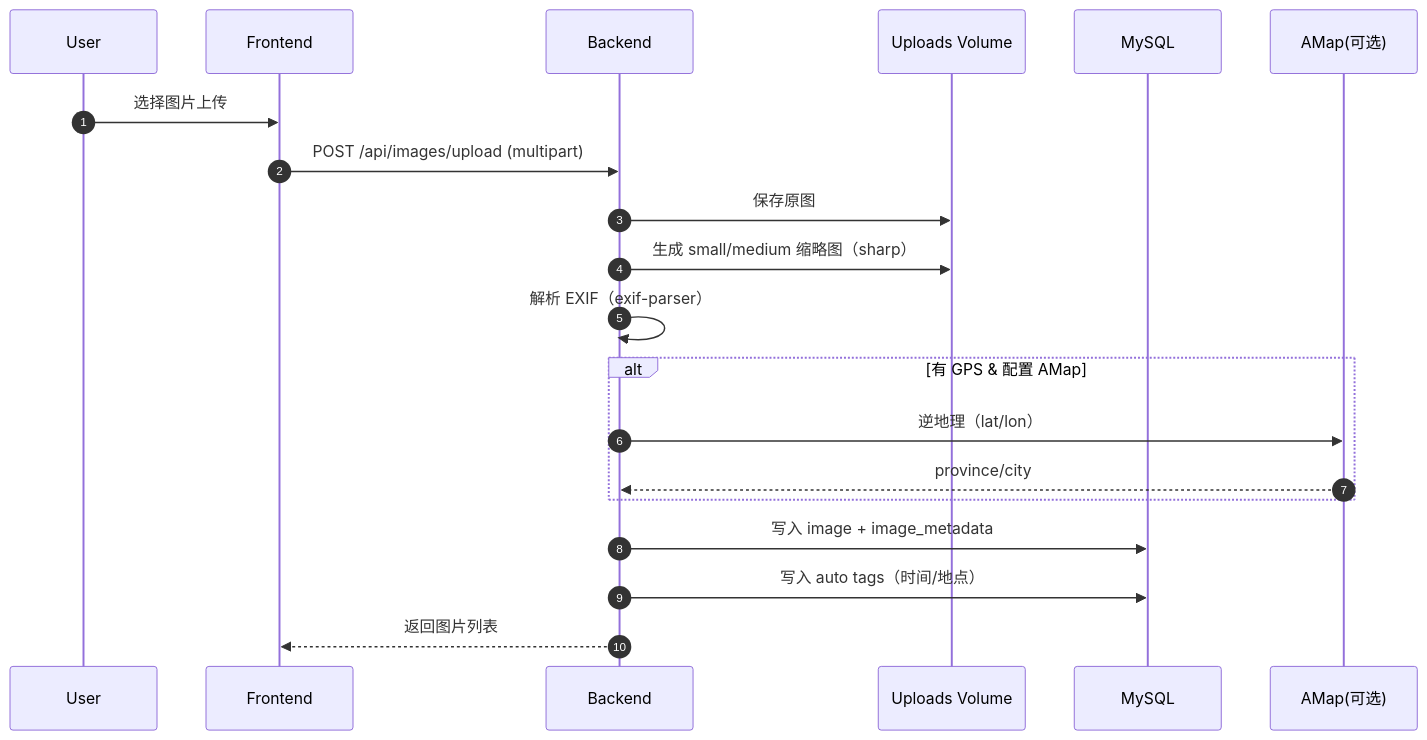
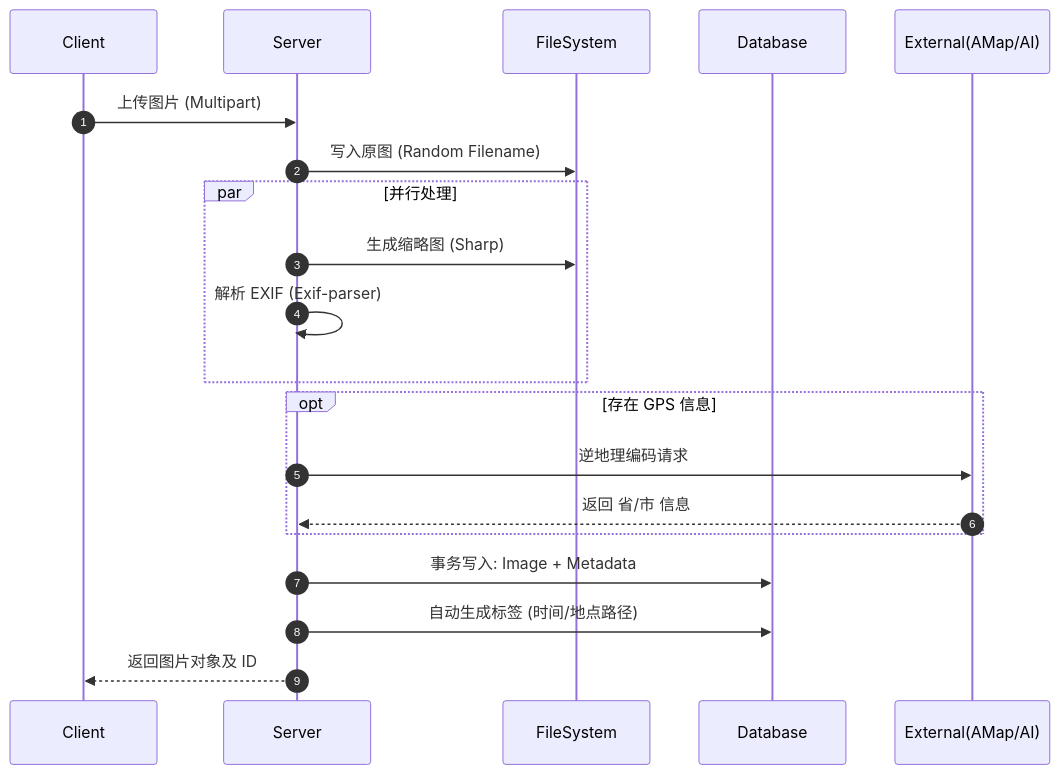
The third of 3 diagrams in docs/design.md (Ader817/PicHub), drawn with Mermaid before and after one commit. The commit also changed other lines of this file and 6 other files, not shown here.

````diff
--- a/docs/design.md
+++ b/docs/design.md
@@ -234,23 +169,25 @@
 ```mermaid
 sequenceDiagram
   autonumber
-  participant U as User
-  participant FE as Frontend
-  participant BE as Backend
-  participant FS as Uploads Volume
-  participant DB as MySQL
-  participant AM as AMap(可选)
+  participant C as Client
+  participant S as Server
+  participant FS as FileSystem
+  participant DB as Database
+  participant EXT as External(AMap/AI)
 
-  U->>FE: 选择图片上传
-  FE->>BE: POST /api/images/upload (multipart)
-  BE->>FS: 保存原图
-  BE->>FS: 生成 small/medium 缩略图（sharp）
-  BE->>BE: 解析 EXIF（exif-parser）
-  alt 有 GPS & 配置 AMap
-    BE->>AM: 逆地理（lat/lon）
-    AM-->>BE: province/city
+  C->>S: 上传图片 (Multipart)
+  S->>FS: 写入原图 (Random Filename)
+  par 并行处理
+    S->>FS: 生成缩略图 (Sharp)
+    S->>S: 解析 EXIF (Exif-parser)
   end
-  BE->>DB: 写入 image + image_metadata
-  BE->>DB: 写入 auto tags（时间/地点）
-  BE-->>FE: 返回图片列表
+  
+  opt 存在 GPS 信息
+    S->>EXT: 逆地理编码请求
+    EXT-->>S: 返回 省/市 信息
+  end
+
+  S->>DB: 事务写入: Image + Metadata
+  S->>DB: 自动生成标签 (时间/地点路径)
+  S-->>C: 返回图片对象及 ID
 ```
````
